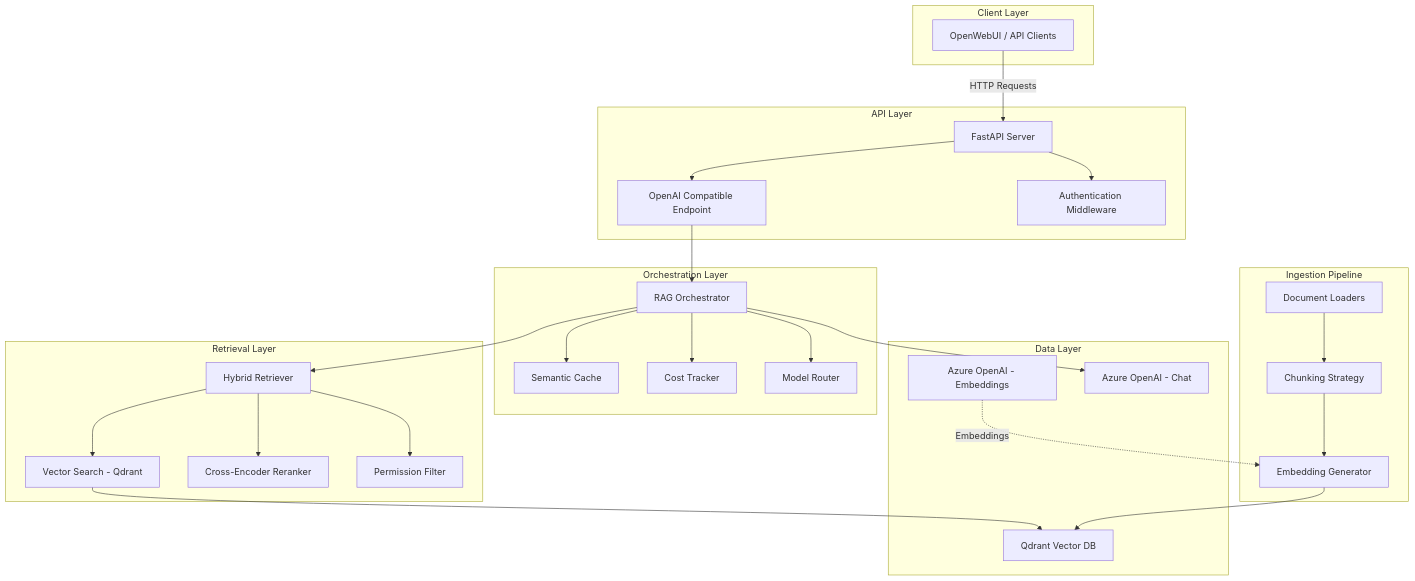
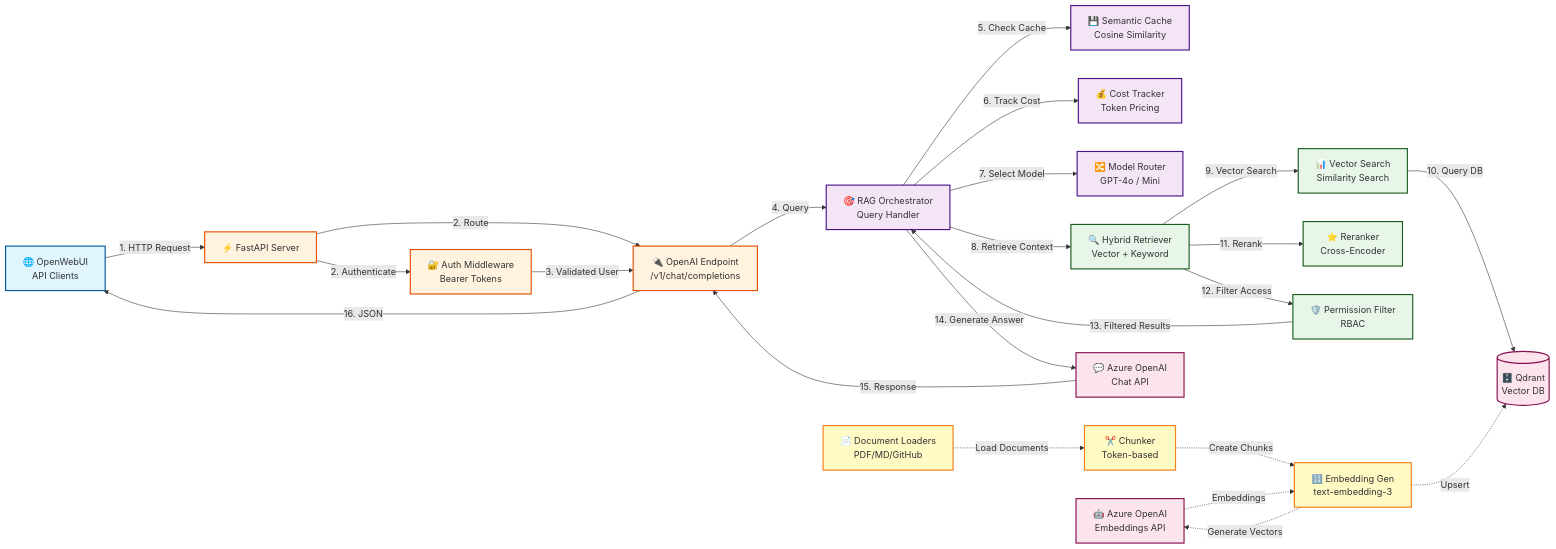
The diagram in README.md (Abbi0805/enterprise-rag-platform), drawn with Mermaid before and after one commit. The commit also changed other lines of this file, not shown here.

Commit message:
docs: enhance architecture diagram with color-coding, numbered flow, and contact info updates
- Added color-coded layers for visual hierarchy (6 distinct colors)
- Numbered query flow steps 1-16 for clarity
- Added emojis for better visual recognition
- Changed layout from TB to LR for improved readability
- Separated query flow (solid) from ingestion flow (dashed)
- Updated author contact information with real LinkedIn/GitHub links
- Improved component descriptions with technical details

````diff
--- a/README.md
+++ b/README.md
@@ -25,56 +25,66 @@
 ```mermaid
-graph TB
-    subgraph Client Layer
-        A[OpenWebUI / API Clients]
-    end
+graph LR
+    %% Styling
+    classDef client fill:#e1f5ff,stroke:#01579b,stroke-width:2px
+    classDef api fill:#fff3e0,stroke:#e65100,stroke-width:2px
+    classDef orchestration fill:#f3e5f5,stroke:#4a148c,stroke-width:2px
+    classDef retrieval fill:#e8f5e9,stroke:#1b5e20,stroke-width:2px
+    classDef data fill:#fce4ec,stroke:#880e4f,stroke-width:2px
+    classDef ingestion fill:#fff9c4,stroke:#f57f17,stroke-width:2px
     
-    subgraph API Layer
-        B[FastAPI Server]
-        C[OpenAI Compatible Endpoint]
-        D[Authentication Middleware]
-    end
+    %% Client Layer
+    A[🌐 OpenWebUI<br/>API Clients]:::client
     
-    subgraph Orchestration Layer
-        E[RAG Orchestrator]
-        F[Semantic Cache]
-        G[Cost Tracker]
-        H[Model Router]
-    end
+    %% API Layer
+    B[⚡ FastAPI Server]:::api
+    C[🔌 OpenAI Endpoint<br/>/v1/chat/completions]:::api
+    D[🔐 Auth Middleware<br/>Bearer Tokens]:::api
     
-    subgraph Retrieval Layer
-        I[Hybrid Retriever]
-        J[Vector Search - Qdrant]
-        K[Cross-Encoder Reranker]
-        L[Permission Filter]
-    end
+    %% Orchestration Layer
+    E[🎯 RAG Orchestrator<br/>Query Handler]:::orchestration
+    F[💾 Semantic Cache<br/>Cosine Similarity]:::orchestration
+    G[💰 Cost Tracker<br/>Token Pricing]:::orchestration
+    H[🔀 Model Router<br/>GPT-4o / Mini]:::orchestration
     
-    subgraph Data Layer
-        M[Qdrant Vector DB]
-        N[Azure OpenAI - Embeddings]
-        O[Azure OpenAI - Chat]
-    end
+    %% Retrieval Layer
+    I[🔍 Hybrid Retriever<br/>Vector + Keyword]:::retrieval
+    J[📊 Vector Search<br/>Similarity Search]:::retrieval
+    K[⭐ Reranker<br/>Cross-Encoder]:::retrieval
+    L[🛡️ Permission Filter<br/>RBAC]:::retrieval
     
-    subgraph Ingestion Pipeline
-        P[Document Loaders]
-        Q[Chunking Strategy]
-        R[Embedding Generator]
-    end
+    %% Data Layer
+    M[(🗄️ Qdrant<br/>Vector DB)]:::data
+    N[🤖 Azure OpenAI<br/>Embeddings API]:::data
+    O[💬 Azure OpenAI<br/>Chat API]:::data
     
-    A -->|HTTP Requests| B
-    B --> C
-    B --> D
-    C --> E
-    E --> F
-    E --> G
-    E --> H
-    E --> I
-    I --> J
-    J --> M
-    I --> K
-    I --> L
-    E --> O
-    R --> M
-    P --> Q
-    Q --> R
-    N -.->|Embeddings| R
+    %% Ingestion Pipeline
+    P[📄 Document Loaders<br/>PDF/MD/GitHub]:::ingestion
+    Q[✂️ Chunker<br/>Token-based]:::ingestion
+    R[🔢 Embedding Gen<br/>text-embedding-3]:::ingestion
+    
+    %% Query Flow
+    A -->|"1. HTTP Request"| B
+    B -->|"2. Route"| C
+    B -->|"2. Authenticate"| D
+    D -->|"3. Validated User"| C
+    C -->|"4. Query"| E
+    E -->|"5. Check Cache"| F
+    E -->|"6. Track Cost"| G
+    E -->|"7. Select Model"| H
+    E -->|"8. Retrieve Context"| I
+    I -->|"9. Vector Search"| J
+    J -->|"10. Query DB"| M
+    I -->|"11. Rerank"| K
+    I -->|"12. Filter Access"| L
+    L -->|"13. Filtered Results"| E
+    E -->|"14. Generate Answer"| O
+    O -->|"15. Response"| C
+    C -->|"16. JSON"| A
+    
+    %% Ingestion Flow
+    P -.->|"Load Documents"| Q
+    Q -.->|"Create Chunks"| R
+    R -.->|"Generate Vectors"| N
+    N -.->|"Embeddings"| R
+    R -.->|"Upsert"| M
 ```
````
